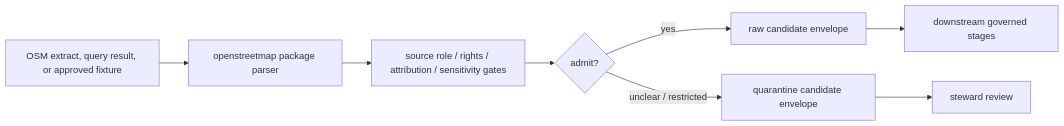
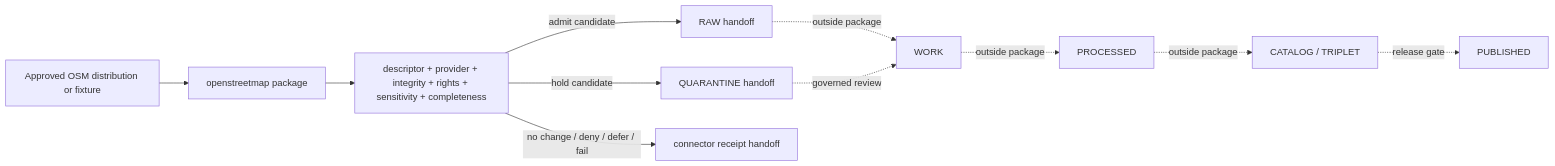
Before and after one commit to bartytime4life/Kansas-Frontier-Matrix: the diagram in connectors/openstreetmap/src/openstreetmap/README.md, drawn with Mermaid. The commit also changed other lines of this file, not shown here.

Commit message:
docs(connectors): harden OpenStreetMap package boundary

````diff
--- a/connectors/openstreetmap/src/openstreetmap/README.md
+++ b/connectors/openstreetmap/src/openstreetmap/README.md
@@ -169,10 +664,13 @@
 ```mermaid
 flowchart LR
-  SRC[OSM extract, query result, or approved fixture] --> PARSE[openstreetmap package parser]
-  PARSE --> GATE[source role / rights / attribution / sensitivity gates]
-  GATE --> DECIDE{admit?}
-  DECIDE -->|yes| RAW[raw candidate envelope]
-  DECIDE -->|unclear / restricted| QUAR[quarantine candidate envelope]
-  RAW --> DOWN[downstream governed stages]
-  QUAR --> REVIEW[steward review]
+  EXT[Approved OSM distribution or fixture] --> PKG[openstreetmap package]
+  PKG --> GATE[descriptor + provider + integrity + rights + sensitivity + completeness]
+  GATE -->|admit candidate| RAW[RAW handoff]
+  GATE -->|hold candidate| QUAR[QUARANTINE handoff]
+  GATE -->|no change / deny / defer / fail| REC[connector receipt handoff]
+  RAW -. outside package .-> WORK[WORK]
+  QUAR -. governed review .-> WORK
+  WORK -. outside package .-> PROC[PROCESSED]
+  PROC -. outside package .-> CAT[CATALOG / TRIPLET]
+  CAT -. release gate .-> PUB[PUBLISHED]
 ```
````
